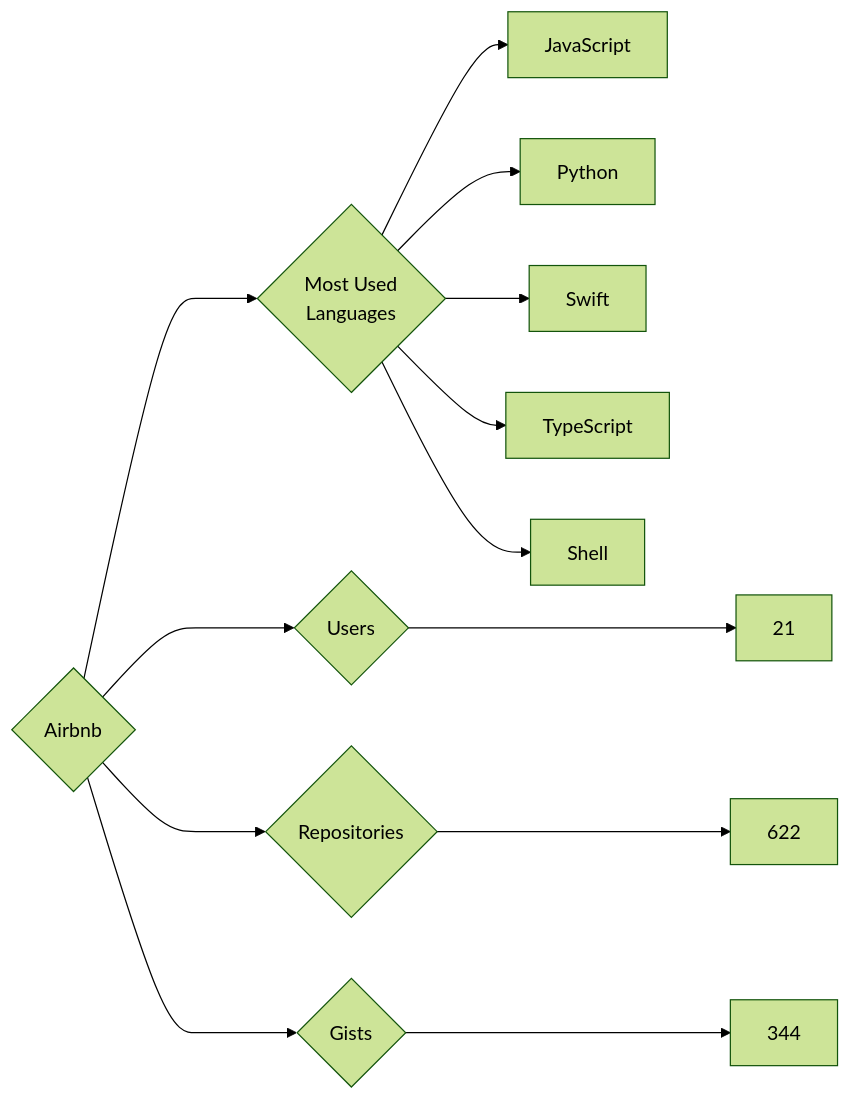
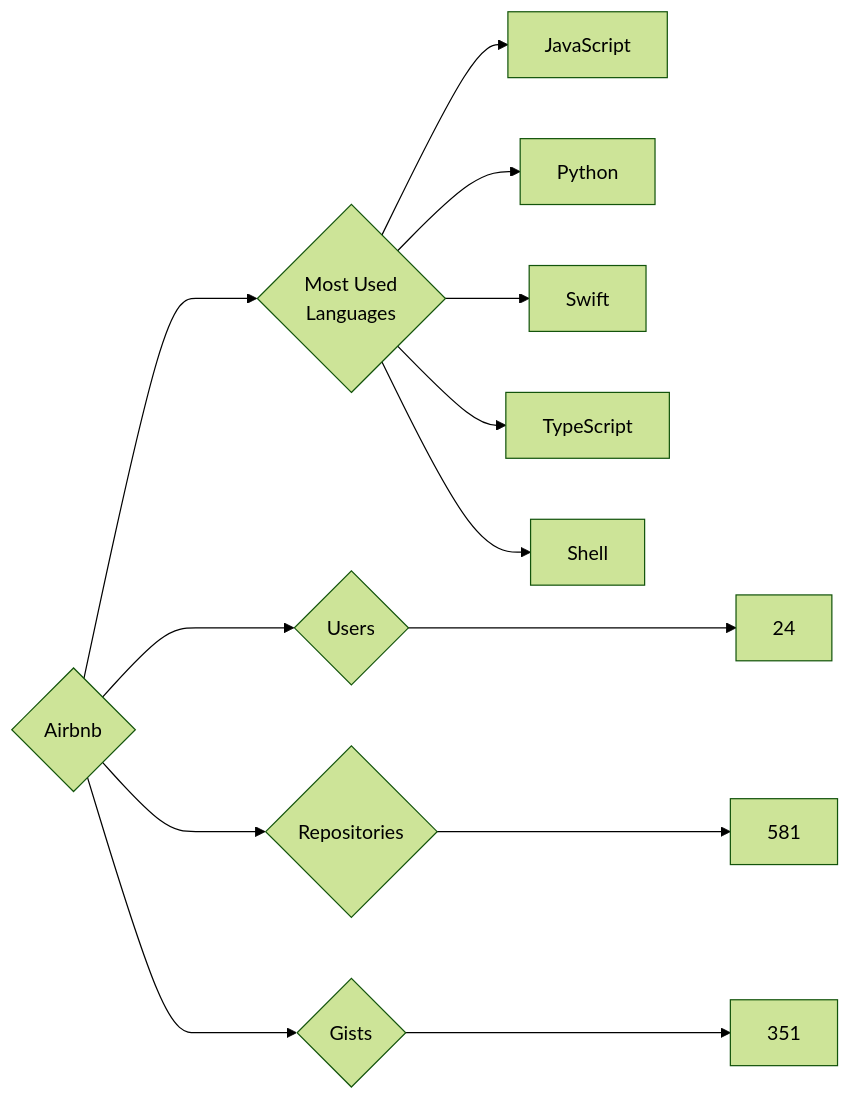
Before and after one commit to trickest/insiders: the diagram in targets/Airbnb/README.md, drawn with Mermaid (forest theme). The commit also changed 1314 other files, not shown here.

````diff
--- a/targets/Airbnb/README.md
+++ b/targets/Airbnb/README.md
@@ -3,13 +3,13 @@
 ```mermaid
 graph LR
 COMPANY_NAME{Airbnb}
-COMPANY_NAME ---> U{Users} ---> UN[21]
-COMPANY_NAME ---> R{Repositories} ---> RN[622]
-COMPANY_NAME ---> G{Gists} ---> GN[344]
+COMPANY_NAME ---> U{Users} ---> UN[24]
+COMPANY_NAME ---> R{Repositories} ---> RN[581]
+COMPANY_NAME ---> G{Gists} ---> GN[351]
 COMPANY_NAME ---> ML{Most Used<br>Languages}
 ML --> JavaScript[JavaScript]
 ML --> Python[Python]
 ML --> Swift[Swift]
 ML --> TypeScript[TypeScript]
 ML --> Shell[Shell]
 ```
````
